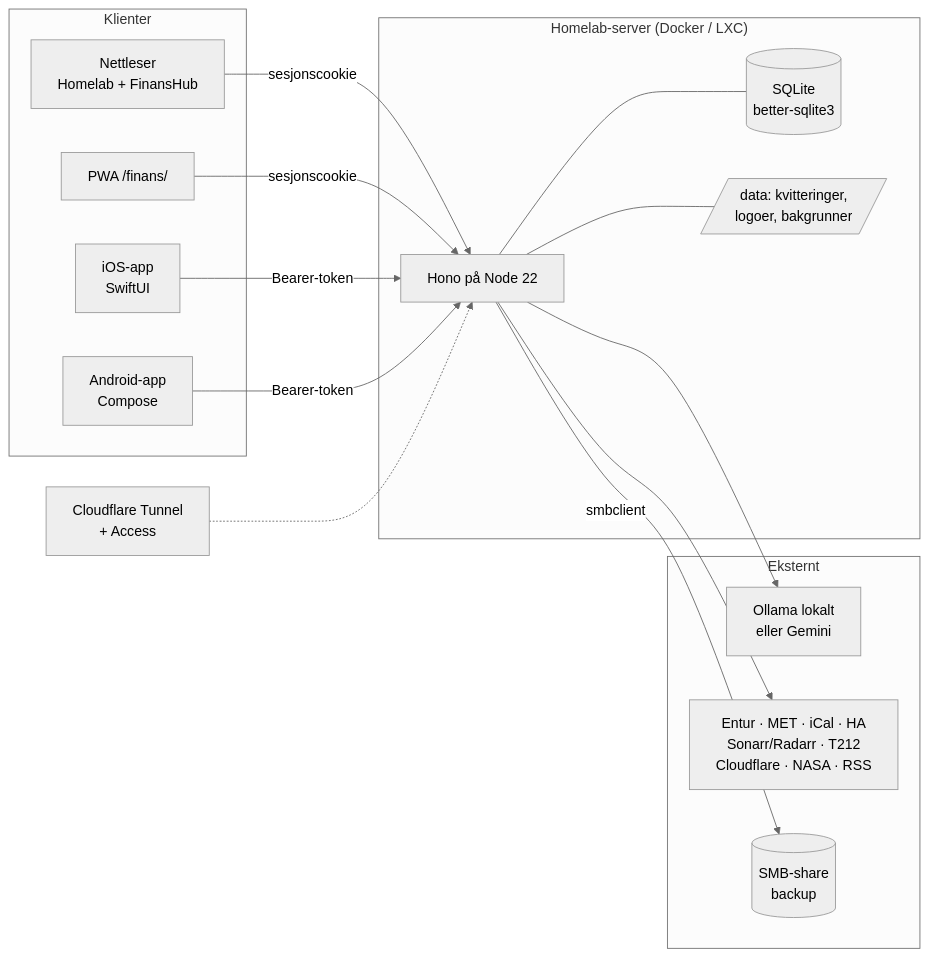
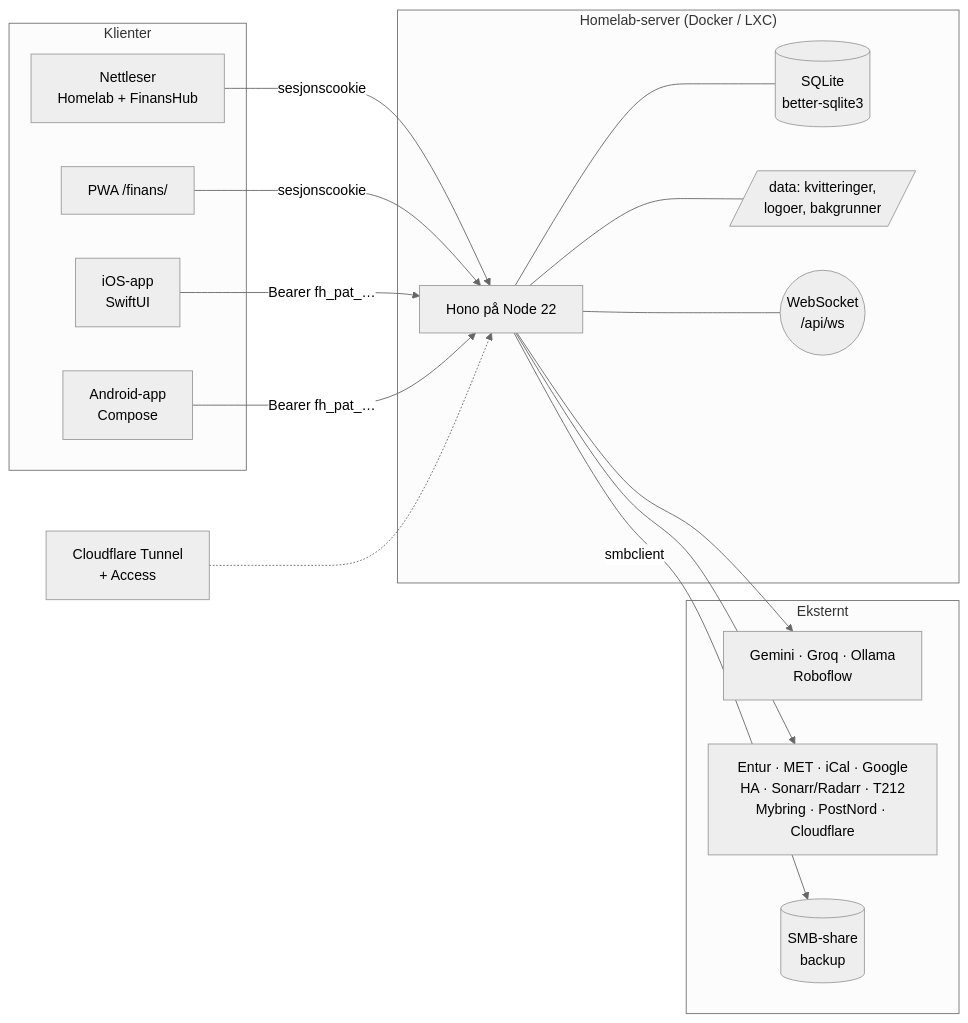
The diagram in README.md (SebastianKristo/torskenes-verden), drawn with Mermaid (neutral theme) before and after one commit. The commit also changed other lines of this file and 38 other files, not shown here.

````diff
--- a/README.md
+++ b/README.md
@@ -194,25 +294,26 @@
 ```mermaid
 flowchart LR
   subgraph Klienter
     B[Nettleser<br/>Homelab + FinansHub]
     P[PWA /finans/]
     I[iOS-app<br/>SwiftUI]
     A[Android-app<br/>Compose]
   end
   subgraph Server["Homelab-server (Docker / LXC)"]
     H[Hono på Node 22]
     D[(SQLite<br/>better-sqlite3)]
     F[/data: kvitteringer,<br/>logoer, bakgrunner/]
+    W((WebSocket<br/>/api/ws))
   end
   subgraph Eksternt
-    AI[Ollama lokalt<br/>eller Gemini]
-    X[Entur · MET · iCal · HA<br/>Sonarr/Radarr · T212<br/>Cloudflare · NASA · RSS]
+    AI[Gemini · Groq · Ollama<br/>Roboflow]
+    X[Entur · MET · iCal · Google<br/>HA · Sonarr/Radarr · T212<br/>Mybring · PostNord · Cloudflare]
     S[(SMB-share<br/>backup)]
   end
   B & P -- sesjonscookie --> H
-  I & A -- Bearer-token --> H
-  H --- D & F
+  I & A -- Bearer fh_pat_… --> H
+  H --- D & F & W
   H --> AI & X
   H -- smbclient --> S
   CF[Cloudflare Tunnel<br/>+ Access] -.-> H
 ```
````
